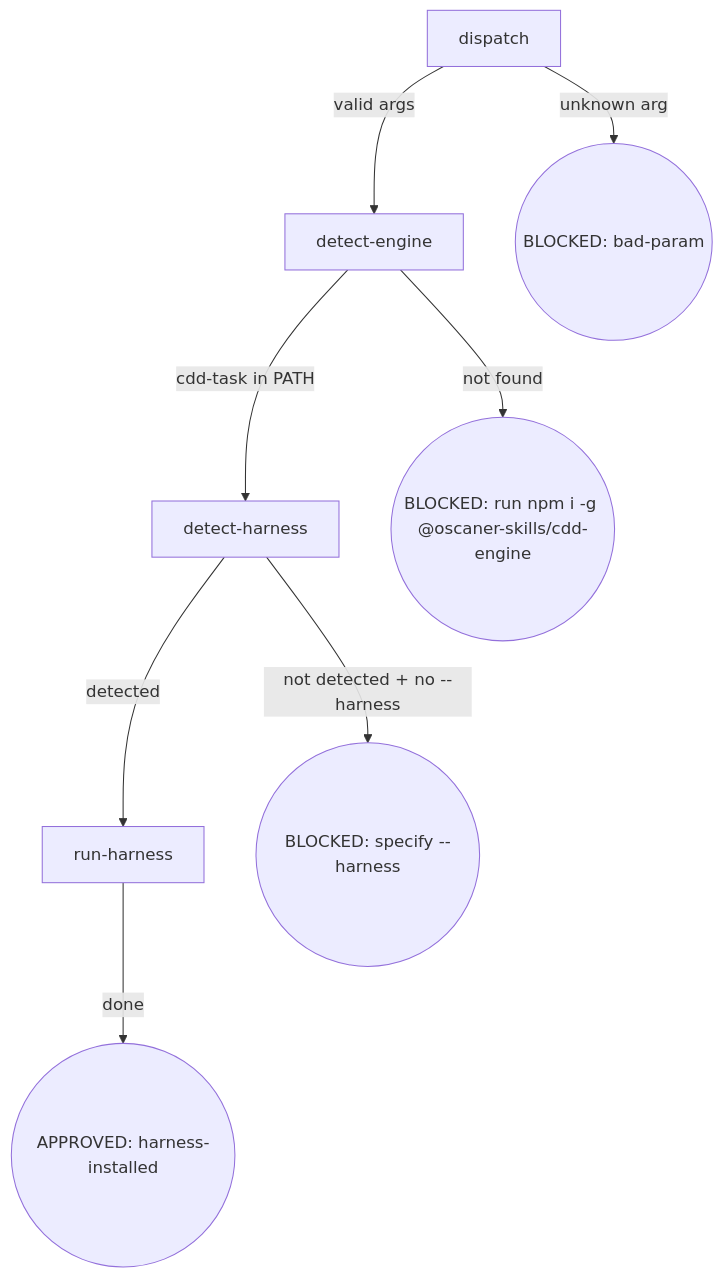
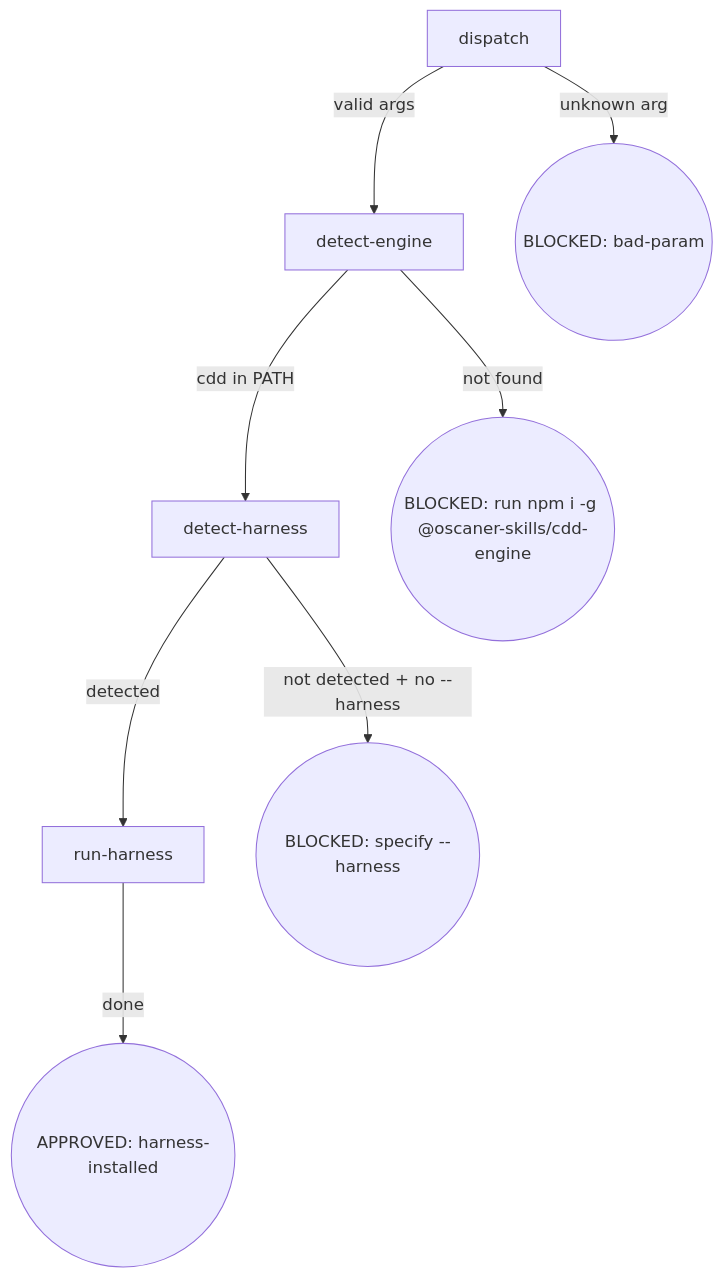
One commit to Oscaner/skills changed the diagram in packages/osuperpowers/skills/init/SKILL.md. Above: the diagram before and after it, drawn with Mermaid. The commit also changed other lines of this file and 53 other files, not shown here.

````diff
--- a/packages/osuperpowers/skills/init/SKILL.md
+++ b/packages/osuperpowers/skills/init/SKILL.md
@@ -8,10 +8,10 @@
 ```mermaid
 flowchart TD
   D[dispatch] -->|valid args| E[detect-engine]
   D -->|unknown arg| Z1((BLOCKED: bad-param))
-  E -->|cdd-task in PATH| H[detect-harness]
+  E -->|cdd in PATH| H[detect-harness]
   E -->|not found| Z2((BLOCKED: run npm i -g @oscaner-skills/cdd-engine))
   H -->|detected| R[run-harness]
   H -->|not detected + no --harness| Z3((BLOCKED: specify --harness))
   R -->|done| A((APPROVED: harness-installed))
 ```
````
